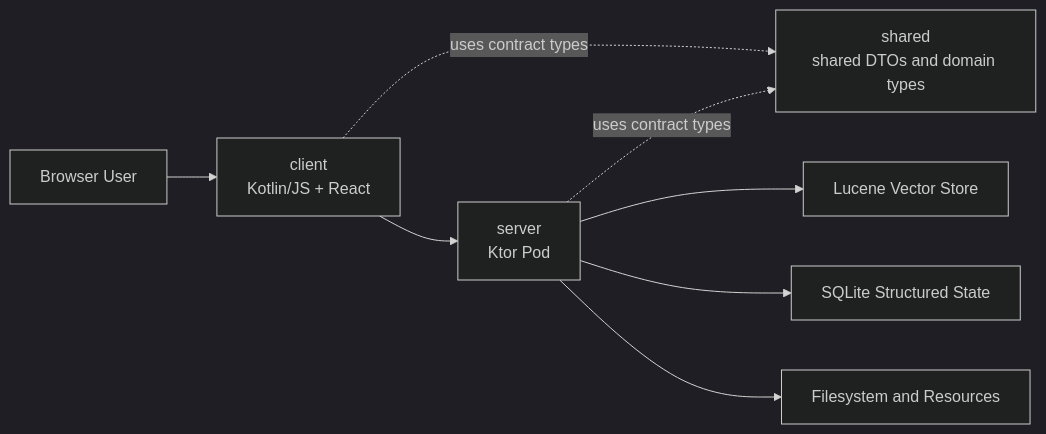
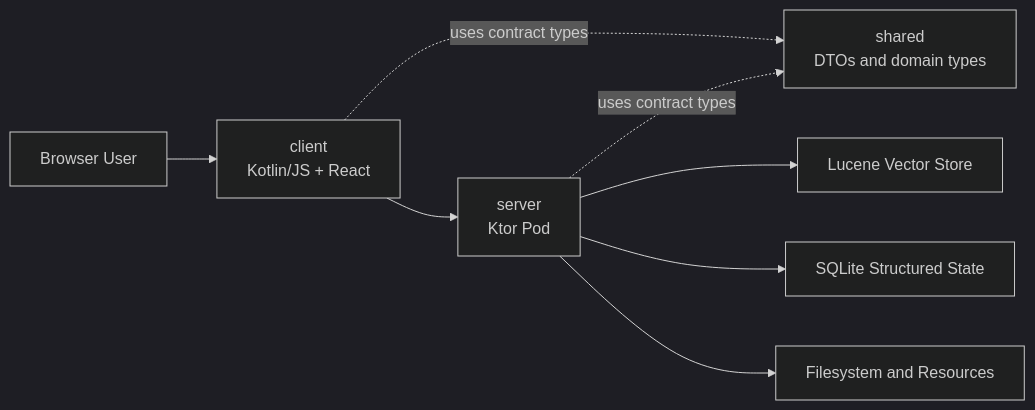
One commit to kaiboesefeldt/mosa changed the first of 5 diagrams in spec/Architecture.md. Above: the diagram before and after it, drawn with Mermaid (dark theme). The commit also changed other lines of this file, not shown here.

Commit message:
docs(architecture): condense architecture guide

````diff
--- a/spec/Architecture.md
+++ b/spec/Architecture.md
@@ -23,18 +23,18 @@
 ```mermaid
 flowchart LR
     User[Browser User]
     Client[client<br>Kotlin/JS + React]
-    Shared[shared<br>shared DTOs and domain types]
+    Shared[shared<br>DTOs and domain types]
     Server[server<br>Ktor Pod]
     Lucene[Lucene Vector Store]
     Sqlite[SQLite Structured State]
     Files[Filesystem and Resources]
 
     User --> Client
     Client --> Server
     Client -. uses contract types .-> Shared
     Server -. uses contract types .-> Shared
     Server --> Lucene
     Server --> Sqlite
     Server --> Files
 ```
````
